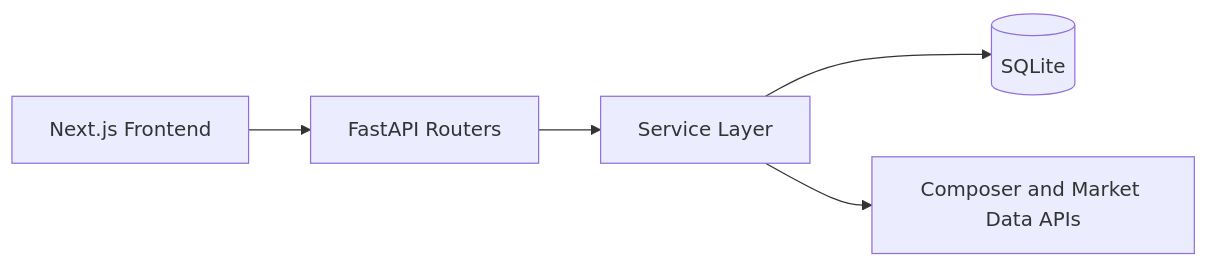
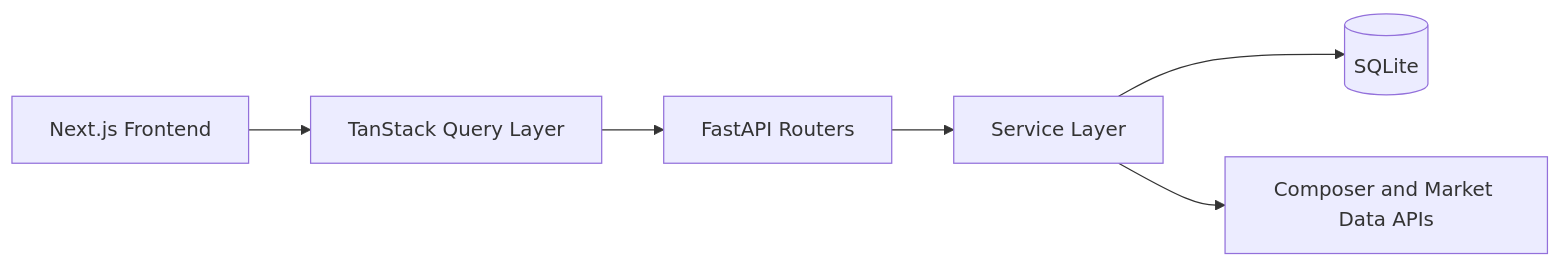
The first of 2 diagrams in docs/ARCHITECTURE.md (Latro37/portfolio_dashboard), drawn with Mermaid before and after one commit. The commit also changed other lines of this file and 2 other files, not shown here.

````diff
--- a/docs/ARCHITECTURE.md
+++ b/docs/ARCHITECTURE.md
@@ -27,7 +27,8 @@
 ```mermaid
 flowchart LR
-    UI[Next.js Frontend] --> API[FastAPI Routers]
+    UI[Next.js Frontend] --> Q[TanStack Query Layer]
+    Q --> API[FastAPI Routers]
     API --> SVC[Service Layer]
     SVC --> DB[(SQLite)]
     SVC --> EXT[Composer and Market Data APIs]
 ```
````
